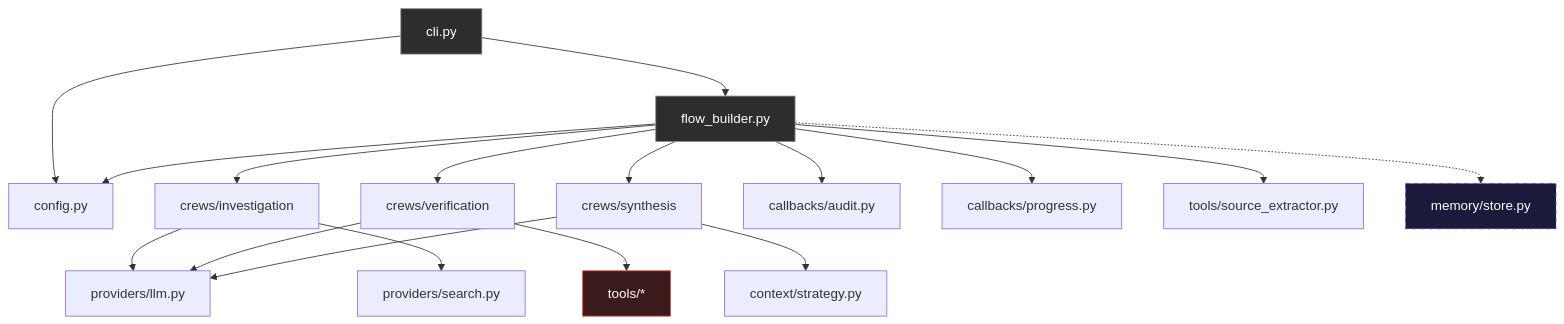
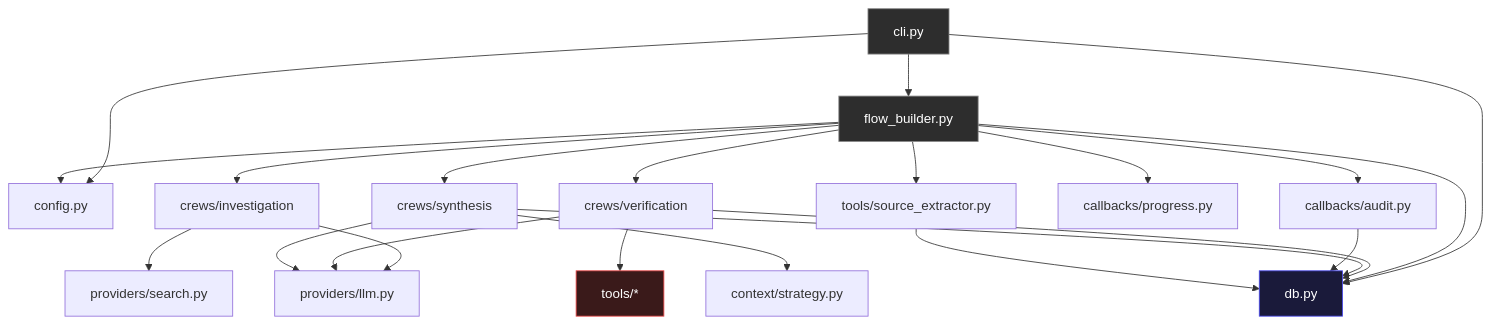
One commit to pguerrerolinares/recon changed the second of 5 diagrams in ARCHITECTURE.md. Above: the diagram before and after it, drawn with Mermaid. The commit also changed other lines of this file and 7 other files, not shown here.

````diff
--- a/ARCHITECTURE.md
+++ b/ARCHITECTURE.md
@@ -63,27 +94,32 @@
 ```mermaid
 graph TD
     CLI["cli.py"] --> FB["flow_builder.py"]
     CLI --> CFG["config.py"]
+    CLI --> DB["db.py"]
 
     FB --> CFG
+    FB --> DB
     FB --> INV["crews/investigation"]
     FB --> VER["crews/verification"]
     FB --> SYN["crews/synthesis"]
     FB --> AUD["callbacks/audit.py"]
     FB --> PRG["callbacks/progress.py"]
     FB --> SE["tools/source_extractor.py"]
 
     INV --> LLM["providers/llm.py"]
     INV --> SCH["providers/search.py"]
     VER --> LLM
     VER --> TOOLS["tools/*"]
+    VER --> DB
     SYN --> LLM
     SYN --> CTX["context/strategy.py"]
+    SYN --> DB
 
-    FB -.-> MEM["memory/store.py"]
+    AUD --> DB
+    SE --> DB
 
     style CLI fill:#2d2d2d,stroke:#888,color:#fff
     style FB fill:#2d2d2d,stroke:#888,color:#fff
+    style DB fill:#1a1a3a,stroke:#4a4aee,color:#fff
     style TOOLS fill:#3a1a1a,stroke:#ee4a4a,color:#fff
-    style MEM fill:#1a1a3a,stroke:#4a4aee,color:#fff,stroke-dasharray: 5 5
 ```
````
